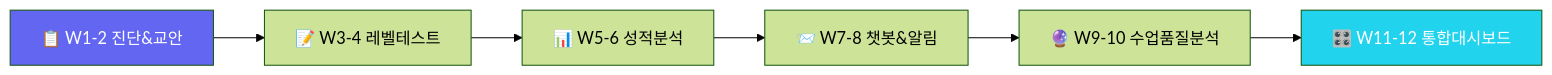
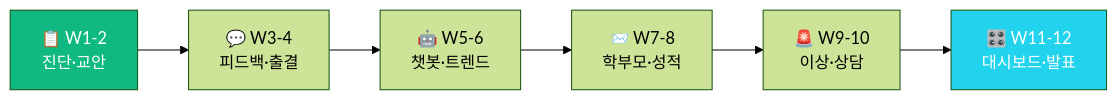
Before and after one commit to Reasonofmoon/hexa-4: the diagram in README.md, drawn with Mermaid (forest theme). The commit also changed other lines of this file, not shown here.

````diff
--- a/README.md
+++ b/README.md
@@ -37,11 +35,8 @@
 ```mermaid
 graph LR
-    A[📋 W1-2 진단&교안] --> B[📝 W3-4 레벨테스트]
-    B --> C[📊 W5-6 성적분석]
-    C --> D[📨 W7-8 챗봇&알림]
-    D --> E[🔮 W9-10 수업품질분석]
-    E --> F[🎛️ W11-12 통합대시보드]
-    
-    style A fill:#6366f1,color:#fff
+    A[📋 W1-2<br>진단·교안] --> B[💬 W3-4<br>피드백·출결]
+    B --> C[🤖 W5-6<br>챗봇·트렌드] --> D[📨 W7-8<br>학부모·성적]
+    D --> E[🚨 W9-10<br>이상·상담] --> F[🎛️ W11-12<br>대시보드·발표]
+    style A fill:#10b981,color:#fff
     style F fill:#22d3ee,color:#fff
 ```
````
